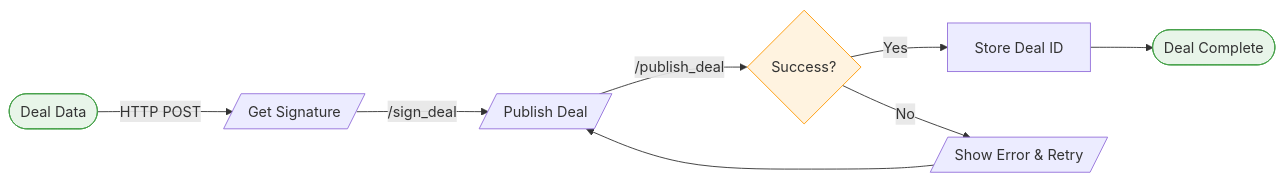
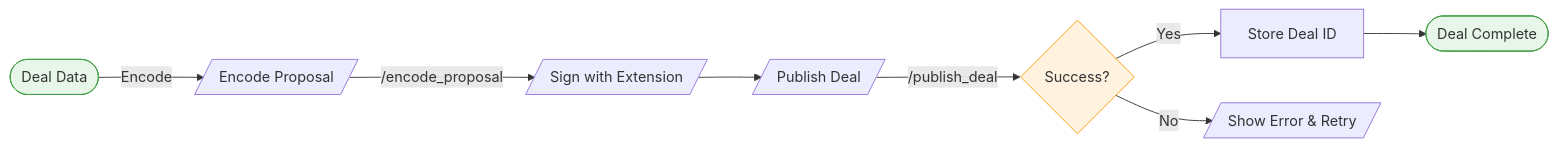
The fifth of 5 diagrams in README.md (eigerco/delia), drawn with Mermaid before and after one commit. The commit also changed other lines of this file, not shown here.

````diff
--- a/README.md
+++ b/README.md
@@ -68,14 +86,13 @@
 ```mermaid
 flowchart LR
-    Start([Deal Data]) -->|HTTP POST| Sign[/Get Signature/]
-    Sign -->|/sign_deal| Publish[/Publish Deal/]
+    Start([Deal Data]) -->|Encode| Proposal[/Encode Proposal/]
+    Proposal -->|/encode_proposal| Sign[/Sign with Extension/]
+    Sign --> Publish[/Publish Deal/]
     Publish -->|/publish_deal| Check{Success?}
     Check -->|Yes| ID[Store Deal ID]
     ID --> Complete([Deal Complete])
     Check -->|No| Retry[/Show Error & Retry/]
-    Retry --> Publish
-
     style Start fill:#e8f5e9,stroke:#43a047
     style Complete fill:#e8f5e9,stroke:#43a047
     style Check fill:#fff3e0,stroke:#ff9800
 ```
````
